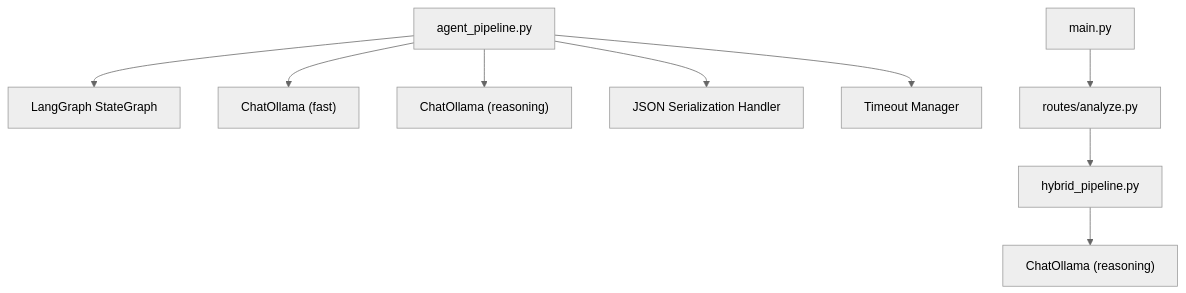
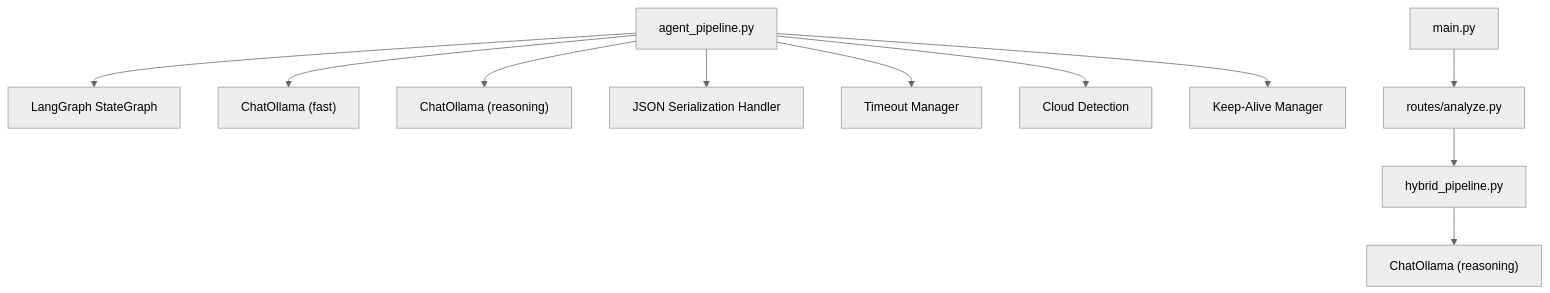
The seventh of 7 diagrams in .qoder/repowiki/en/content/Analysis Engine/Agent Pipeline (LangGraph).md (Revanththetalogics/aireume), drawn with Mermaid (neutral theme) before and after one commit. The commit also changed other lines of this file and 6 other files, not shown here.

````diff
--- a/.qoder/repowiki/en/content/Analysis Engine/Agent Pipeline (LangGraph).md
+++ b/.qoder/repowiki/en/content/Analysis Engine/Agent Pipeline (LangGraph).md
@@ -368,11 +436,13 @@
 ```mermaid
 graph TB
 AP["agent_pipeline.py"] --> LC["LangGraph StateGraph"]
 AP --> CO["ChatOllama (fast)"]
 AP --> CR["ChatOllama (reasoning)"]
 AP --> JSH["JSON Serialization Handler"]
 AP --> TT["Timeout Manager"]
+AP --> CD["Cloud Detection"]
+AP --> KA["Keep-Alive Manager"]
 HP["hybrid_pipeline.py"] --> CO2["ChatOllama (reasoning)"]
 AR["routes/analyze.py"] --> HP
 MS["main.py"] --> AR
 ```
````
